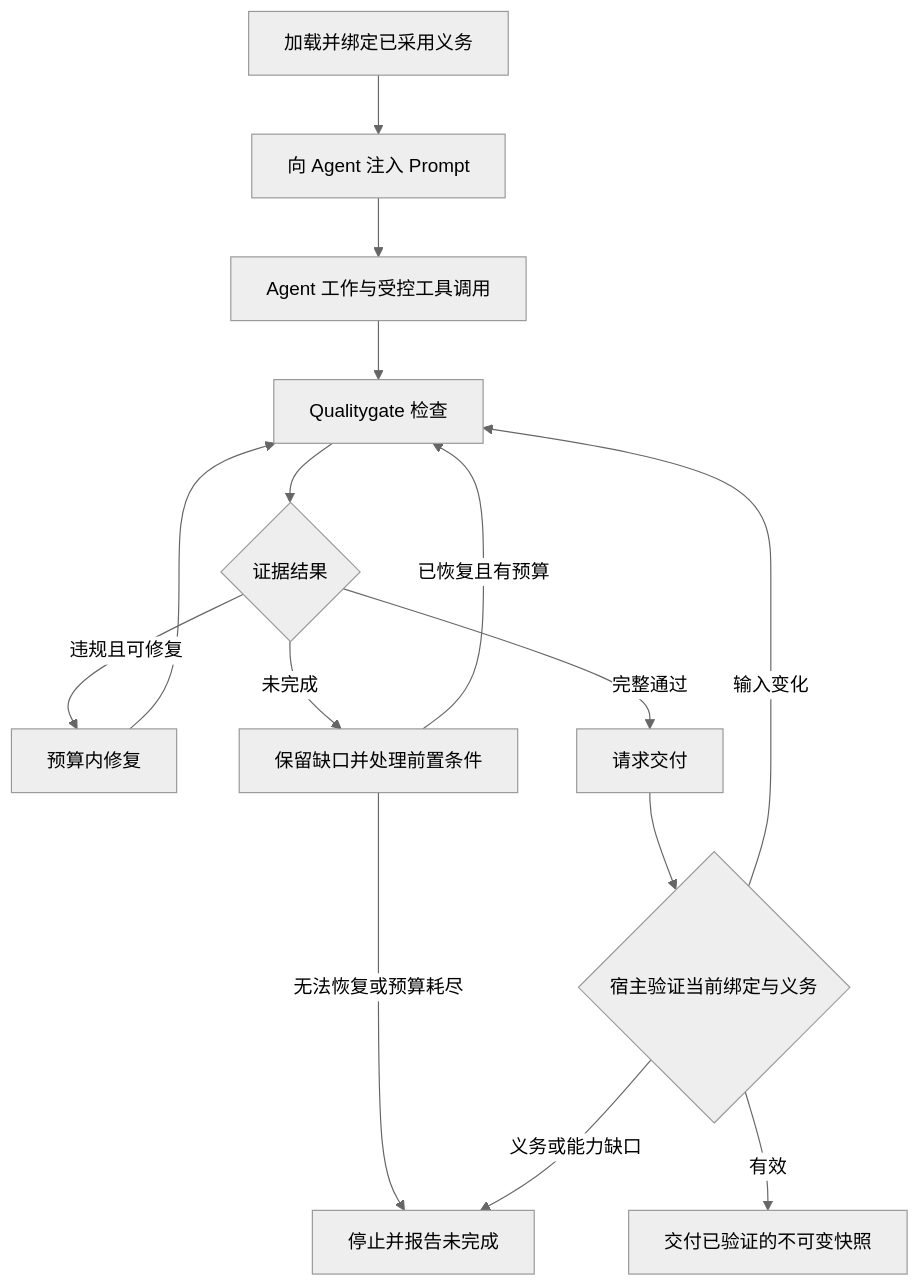
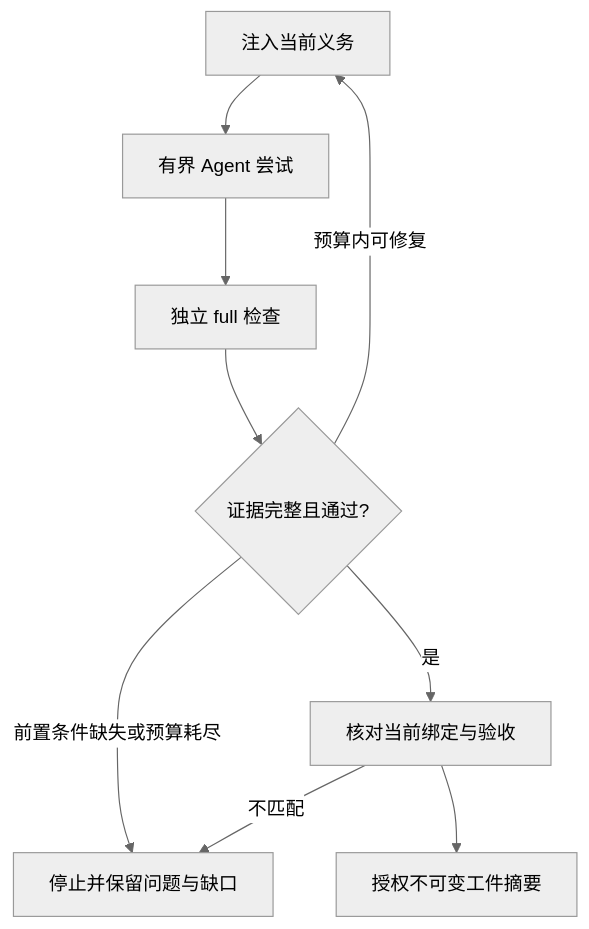
Before and after one commit to coolplayagent/qualitygate-cli: the second of 2 diagrams in docs/zh/03-architecture/07-rule-capabilities-and-agent-contracts.md, drawn with Mermaid (neutral theme). The commit also changed other lines of this file and 66 other files, not shown here.

````diff
--- a/docs/zh/03-architecture/07-rule-capabilities-and-agent-contracts.md
+++ b/docs/zh/03-architecture/07-rule-capabilities-and-agent-contracts.md
@@ -180,17 +68,11 @@
 ```mermaid
 flowchart TD
-    L[加载并绑定已采用义务] --> P[向 Agent 注入 Prompt]
-    P --> W[Agent 工作与受控工具调用]
-    W --> C[Qualitygate 检查]
-    C --> V{证据结果}
-    V -->|违规且可修复| R[预算内修复]
-    R --> C
-    V -->|未完成| B[保留缺口并处理前置条件]
-    B -->|已恢复且有预算| C
-    B -->|无法恢复或预算耗尽| S[停止并报告未完成]
-    V -->|完整通过| D[请求交付]
-    D --> H{宿主验证当前绑定与义务}
-    H -->|有效| A[交付已验证的不可变快照]
-    H -->|输入变化| C
-    H -->|义务或能力缺口| S
+    I[注入当前义务] --> W[有界 Agent 尝试]
+    W --> C[独立 full 检查]
+    C --> V{证据完整且通过?}
+    V -->|预算内可修复| I
+    V -->|前置条件缺失或预算耗尽| S[停止并保留问题与缺口]
+    V -->|是| B[核对当前绑定与验收]
+    B --> D[授权不可变工件摘要]
+    B -->|不匹配| S
 ```
````
